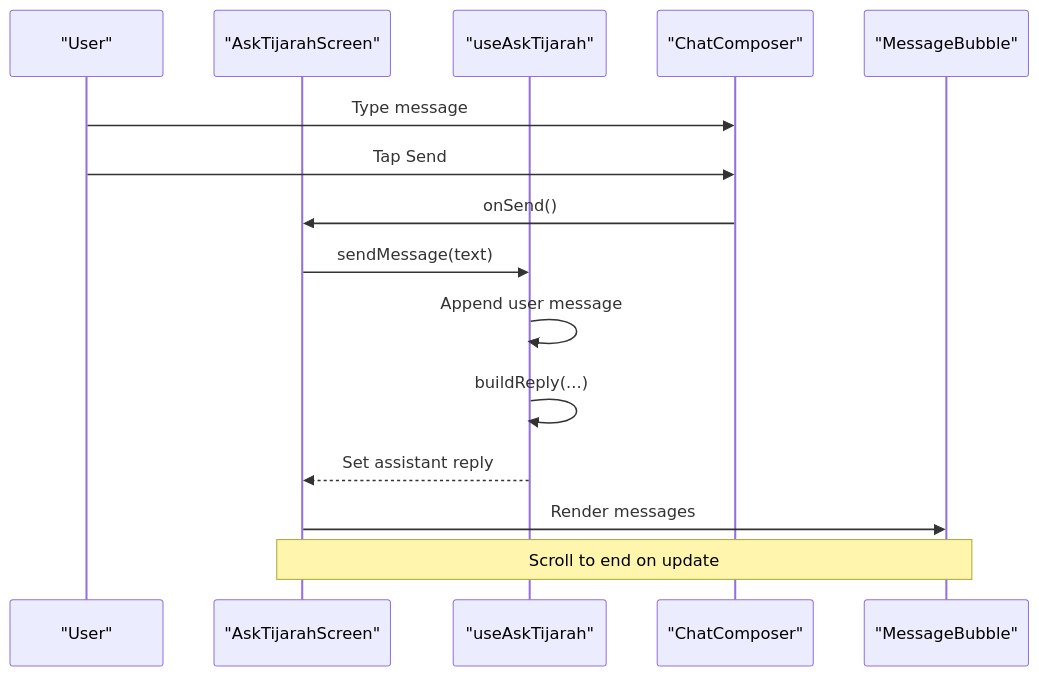
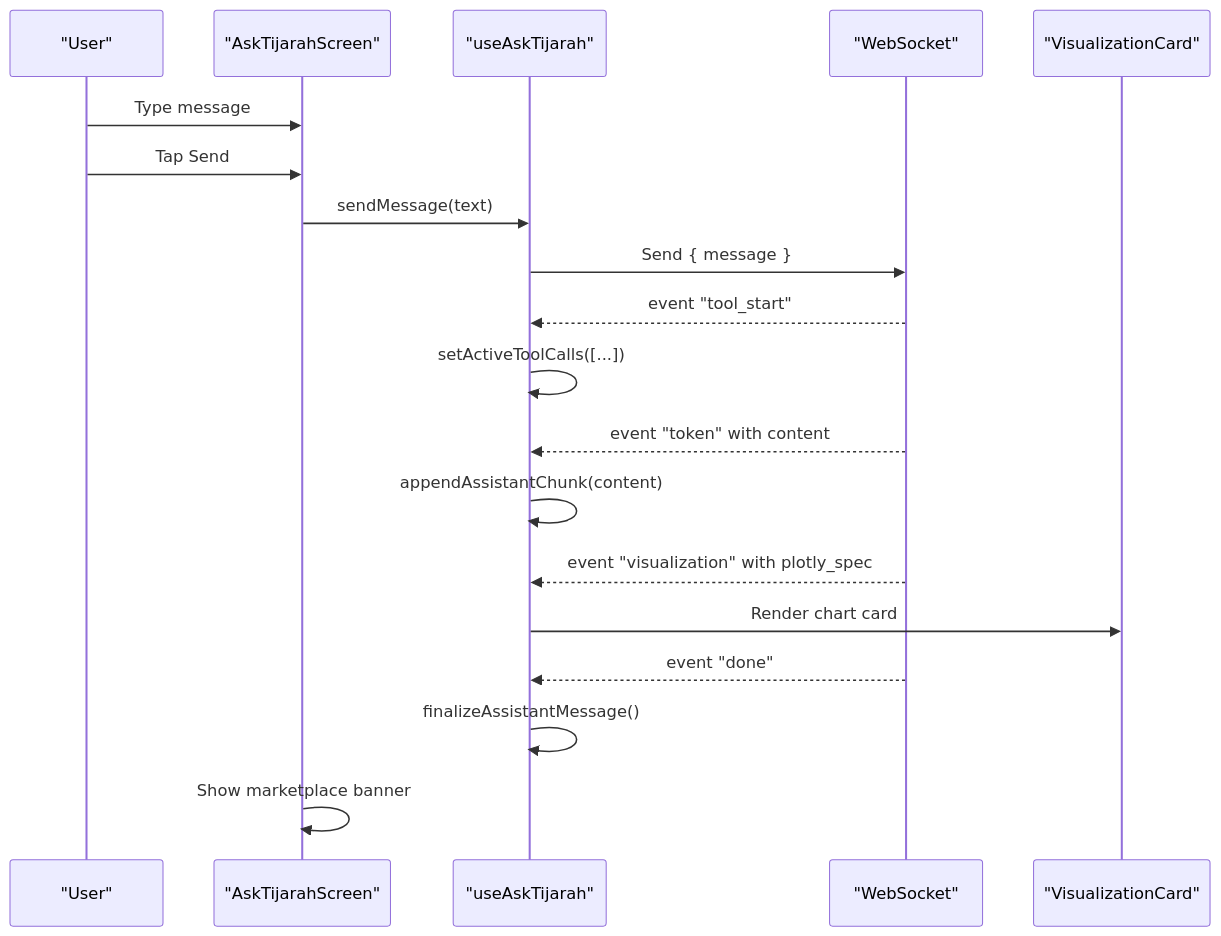
Before and after one commit to Muhammad-Masood/tijarah-ai-app: the second of 4 diagrams in .qoder/repowiki/en/content/AI-Powered Features/Ask Tijarah Chat Interface.md, drawn with Mermaid. The commit also changed other lines of this file and 9 other files, not shown here.

````diff
--- a/.qoder/repowiki/en/content/AI-Powered Features/Ask Tijarah Chat Interface.md
+++ b/.qoder/repowiki/en/content/AI-Powered Features/Ask Tijarah Chat Interface.md
@@ -82,17 +95,21 @@
 ```mermaid
 sequenceDiagram
 participant U as "User"
 participant S as "AskTijarahScreen"
 participant H as "useAskTijarah"
-participant C as "ChatComposer"
-participant M as "MessageBubble"
-U->>C : Type message
-U->>C : Tap Send
-C->>S : onSend()
+participant W as "WebSocket"
+participant V as "VisualizationCard"
+U->>S : Type message
+U->>S : Tap Send
 S->>H : sendMessage(text)
-H->>H : Append user message
-H->>H : buildReply(...)
-H-->>S : Set assistant reply
-S->>M : Render messages
-Note over S,M : Scroll to end on update
+H->>W : Send { message }
+W-->>H : event "tool_start"
+H->>H : setActiveToolCalls([...])
+W-->>H : event "token" with content
+H->>H : appendAssistantChunk(content)
+W-->>H : event "visualization" with plotly_spec
+H->>V : Render chart card
+W-->>H : event "done"
+H->>H : finalizeAssistantMessage()
+S->>S : Show marketplace banner
 ```
````
